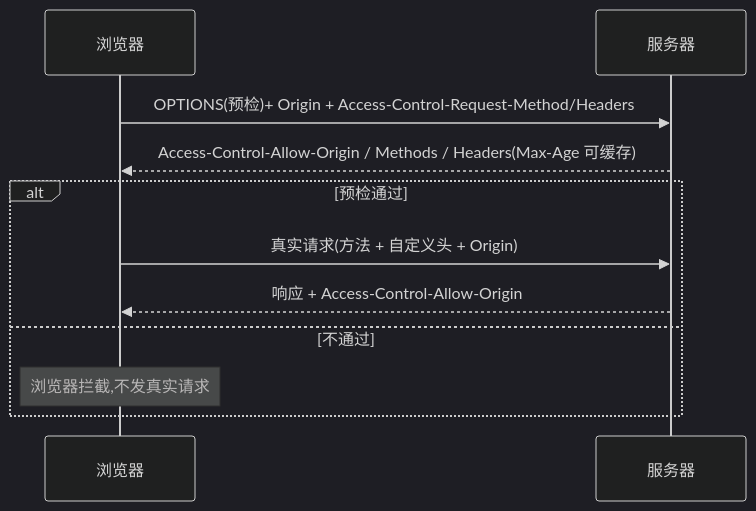
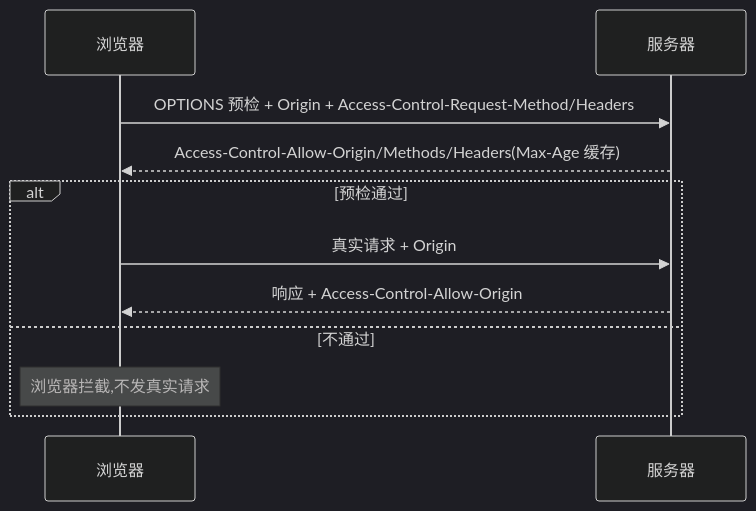
One commit to inspire-man/frontend-knowledge-base changed the diagram in frontend-knowledge-base/卷四-网络与通信/4.6-跨域与同源策略.md. Above: the diagram before and after it, drawn with Mermaid (dark theme). The commit also changed other lines of this file and 1 other file, not shown here.

````diff
--- a/frontend-knowledge-base/卷四-网络与通信/4.6-跨域与同源策略.md
+++ b/frontend-knowledge-base/卷四-网络与通信/4.6-跨域与同源策略.md
@@ -58,13 +42,13 @@
 ```mermaid
 sequenceDiagram
     participant C as 浏览器
     participant S as 服务器
-    C->>S: OPTIONS(预检)+ Origin + Access-Control-Request-Method/Headers
-    S-->>C: Access-Control-Allow-Origin / Methods / Headers(Max-Age 可缓存)
+    C->>S: OPTIONS 预检 + Origin + Access-Control-Request-Method/Headers
+    S-->>C: Access-Control-Allow-Origin/Methods/Headers(Max-Age 缓存)
     alt 预检通过
-        C->>S: 真实请求(方法 + 自定义头 + Origin)
+        C->>S: 真实请求 + Origin
         S-->>C: 响应 + Access-Control-Allow-Origin
     else 不通过
         Note over C: 浏览器拦截,不发真实请求
     end
 ```
````
